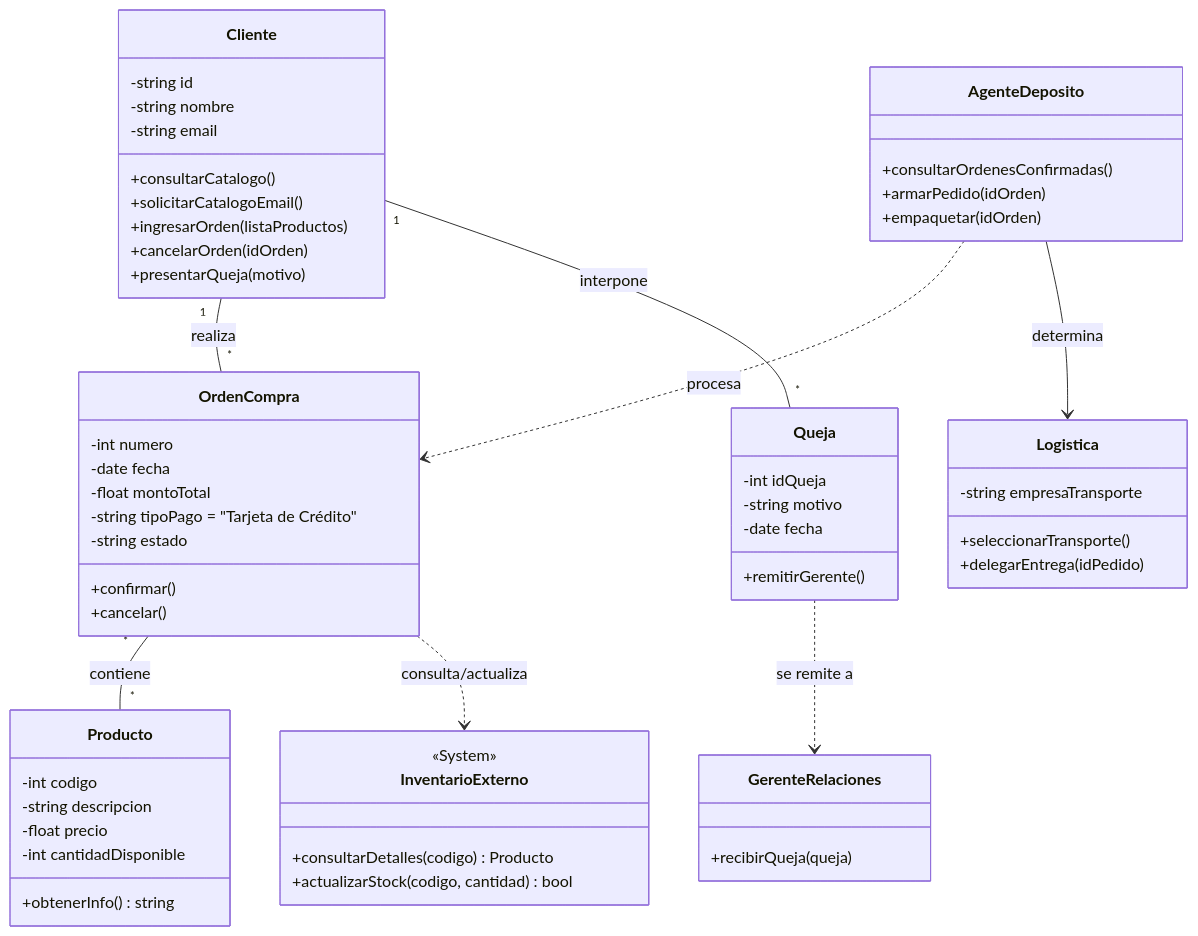
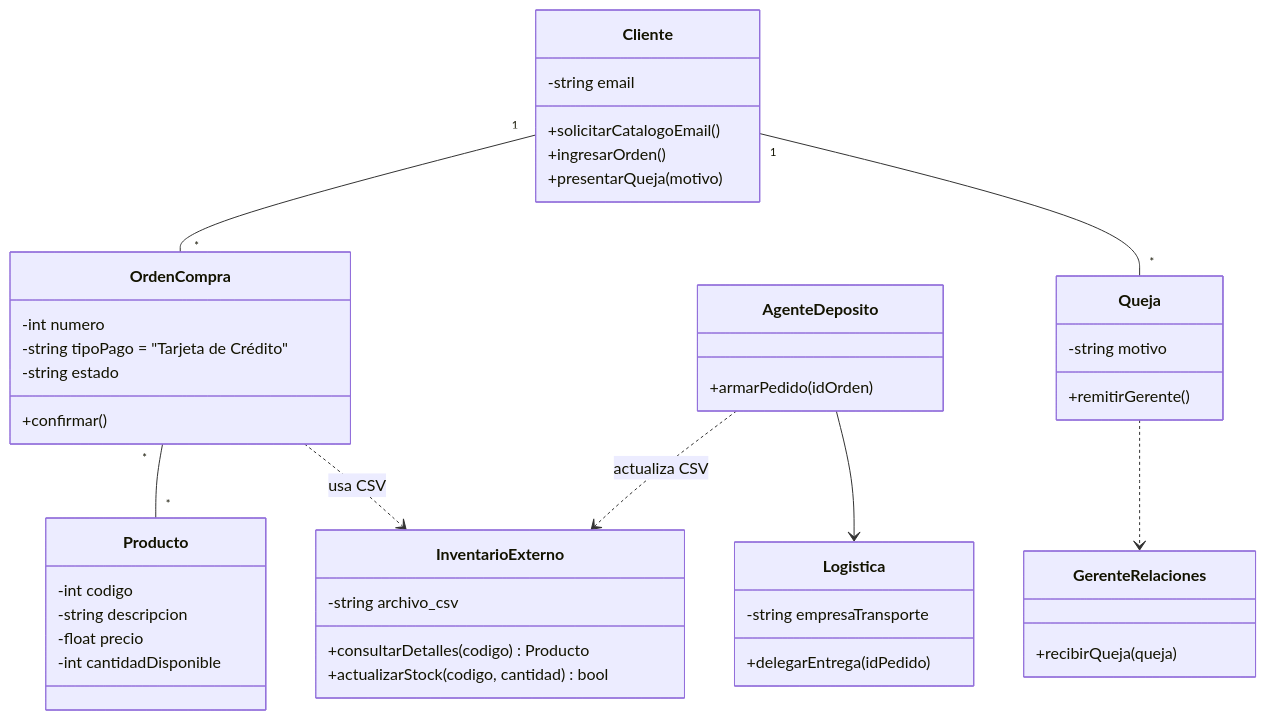
The diagram in docs/Diseno_1.md (JuanGonzalezP1021/Taller_I), drawn with Mermaid before and after one commit. The commit also changed other lines of this file, not shown here.

Commit message:
Se actualizaa version offline de diseño con CSV

````diff
--- a/docs/Diseno_1.md
+++ b/docs/Diseno_1.md
@@ -51,68 +27,56 @@
 ```mermaid
 classDiagram
     class InventarioExterno {
-        <<System>>
+        -string archivo_csv
         +consultarDetalles(codigo) Producto
         +actualizarStock(codigo, cantidad) bool
     }
 
     class Producto {
         -int codigo
         -string descripcion
         -float precio
         -int cantidadDisponible
-        +obtenerInfo() string
     }
 
     class Cliente {
-        -string id
-        -string nombre
         -string email
-        +consultarCatalogo()
         +solicitarCatalogoEmail()
-        +ingresarOrden(listaProductos)
-        +cancelarOrden(idOrden)
+        +ingresarOrden()
         +presentarQueja(motivo)
     }
 
     class OrdenCompra {
         -int numero
-        -date fecha
-        -float montoTotal
         -string tipoPago = "Tarjeta de Crédito"
         -string estado
         +confirmar()
-        +cancelar()
     }
 
     class AgenteDeposito {
-        +consultarOrdenesConfirmadas()
         +armarPedido(idOrden)
-        +empaquetar(idOrden)
     }
 
     class Logistica {
         -string empresaTransporte
-        +seleccionarTransporte()
         +delegarEntrega(idPedido)
     }
 
     class Queja {
-        -int idQueja
         -string motivo
-        -date fecha
         +remitirGerente()
     }
 
     class GerenteRelaciones {
         +recibirQueja(queja)
     }
 
-    Cliente "1" -- "*" OrdenCompra : realiza
-    OrdenCompra "*" -- "*" Producto : contiene
-    OrdenCompra ..> InventarioExterno : consulta/actualiza
-    AgenteDeposito ..> OrdenCompra : procesa
-    AgenteDeposito --> Logistica : determina
-    Cliente "1" -- "*" Queja : interpone
-    Queja ..> GerenteRelaciones : se remite a
+    Cliente "1" -- "*" OrdenCompra
+    OrdenCompra "*" -- "*" Producto
+    OrdenCompra ..> InventarioExterno : usa CSV
+    AgenteDeposito ..> InventarioExterno : actualiza CSV
+    AgenteDeposito --> Logistica
+    Cliente "1" -- "*" Queja
+    Queja ..> GerenteRelaciones
+
 ```
````
